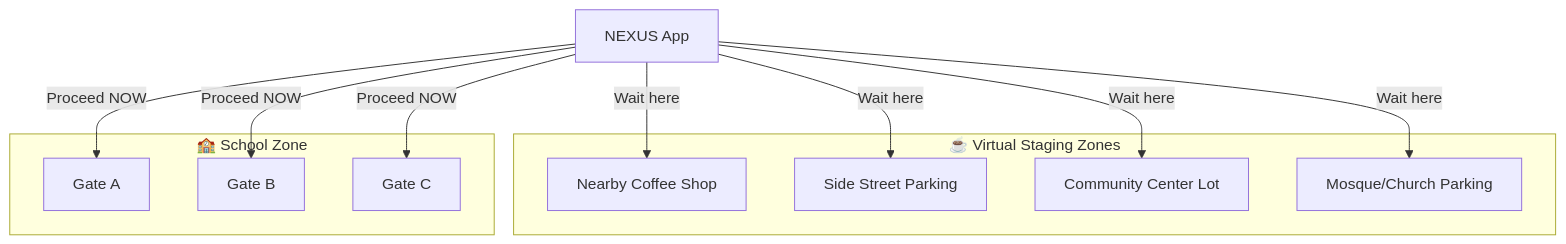
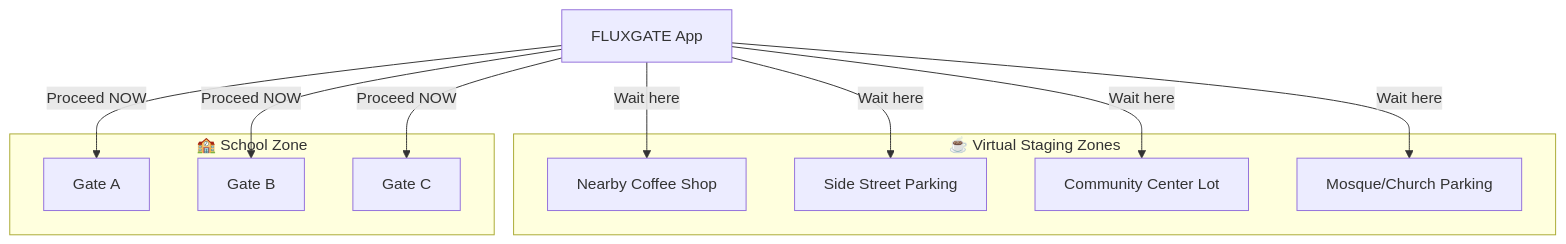
Before and after one commit to HyperionBurn/nexus-command-center: the second of 7 diagrams in RTA_NEXUS_Plan.md, drawn with Mermaid. The commit also changed other lines of this file and 56 other files, not shown here.

Commit message:
Rebrand: NEXUS -> FLUXGATE across entire codebase

````diff
--- a/RTA_NEXUS_Plan.md
+++ b/RTA_NEXUS_Plan.md
@@ -200,24 +200,24 @@
 ```mermaid
 graph TD
     subgraph Staging["☕ Virtual Staging Zones"]
         S1[Nearby Coffee Shop]
         S2[Side Street Parking]
         S3[Community Center Lot]
         S4[Mosque/Church Parking]
     end
     
     subgraph School["🏫 School Zone"]
         GA[Gate A]
         GB[Gate B]
         GC[Gate C]
     end
     
-    APP[NEXUS App] -->|"Wait here"| S1
+    APP[FLUXGATE App] -->|"Wait here"| S1
     APP -->|"Wait here"| S2
     APP -->|"Wait here"| S3
     APP -->|"Wait here"| S4
     
     APP -->|"Proceed NOW"| GA
     APP -->|"Proceed NOW"| GB
     APP -->|"Proceed NOW"| GC
 ```
````
